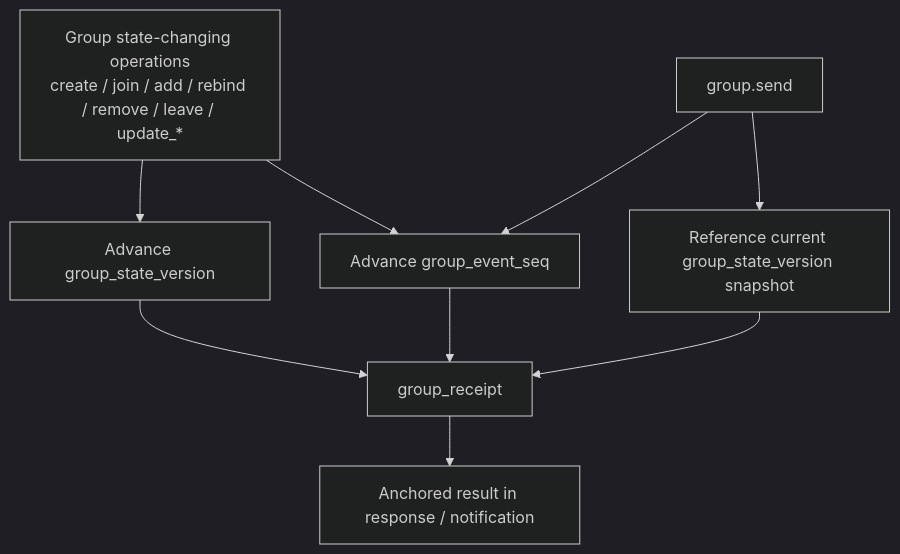
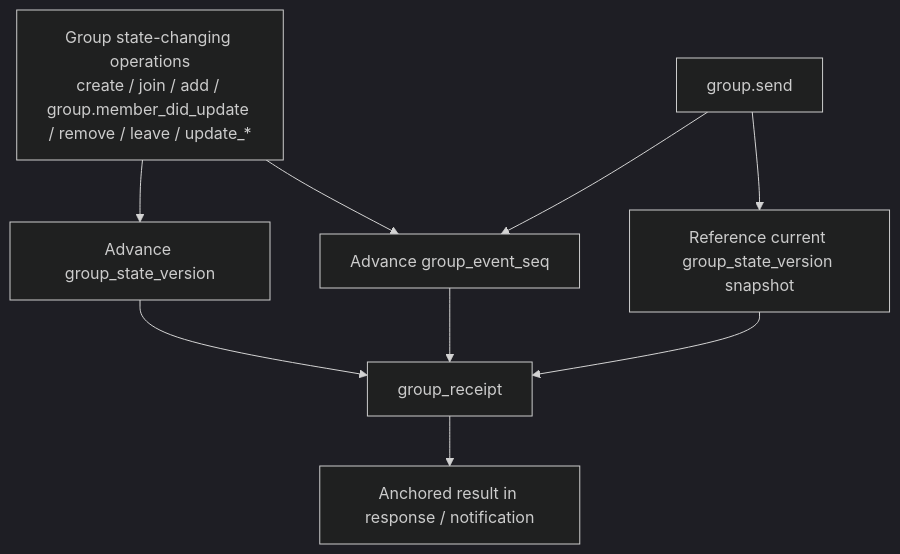
One commit to NeatNerdPrime/AgentNetworkProtocol changed the second of 6 diagrams in message/vnext/04-group-messaging-base-semantics.md. Above: the diagram before and after it, drawn with Mermaid (dark theme). The commit also changed other lines of this file and 19 other files, not shown here.

````diff
--- a/message/vnext/04-group-messaging-base-semantics.md
+++ b/message/vnext/04-group-messaging-base-semantics.md
@@ -255,17 +253,17 @@
 ```mermaid
 flowchart TD
-COps[Group state-changing operations<br/>create / join / add / rebind / remove / leave / update_*]
+COps[Group state-changing operations<br/>create / join / add / group.member_did_update / remove / leave / update_*]
 Msg[group.send]
 
 COps --> SV[Advance group_state_version]
 COps --> SEQ[Advance group_event_seq]
 
 Msg --> SEQ
 Msg --> SNAP[Reference current group_state_version snapshot]
 
 SV --> RC[group_receipt]
 SEQ --> RC
 SNAP --> RC
 
 RC --> OUT[Anchored result in response / notification]
 ```
````
